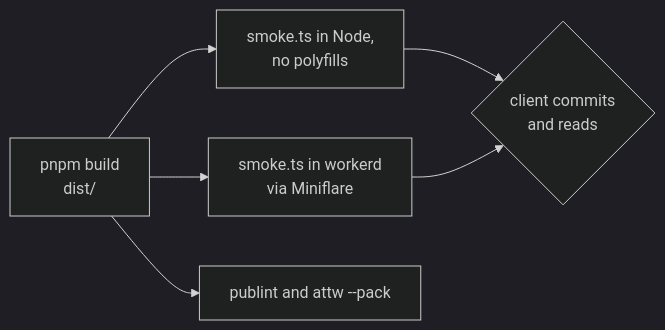
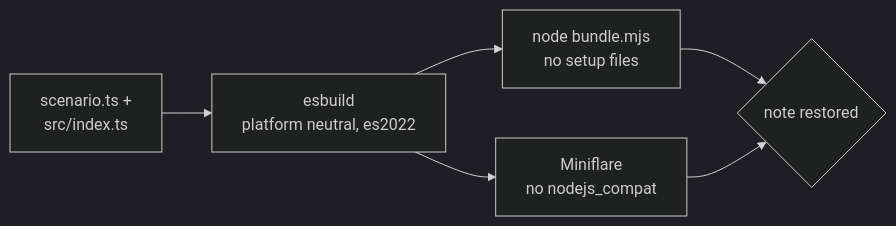
The diagram in .diffmap/specs/tandem-core-environment-layout/07-runtime-smoke-tests.md (tanishqkancharla/tandem), drawn with Mermaid (dark theme) before and after one commit. The commit also changed other lines of this file and 8 other files, not shown here.

````diff
--- a/.diffmap/specs/tandem-core-environment-layout/07-runtime-smoke-tests.md
+++ b/.diffmap/specs/tandem-core-environment-layout/07-runtime-smoke-tests.md
@@ -30,8 +39,8 @@
-```mermaid [Checking the built package]
+```mermaid [Running the scenario]
 flowchart LR
-    build["pnpm build<br/>dist/"] --> nodeRun["smoke.ts in Node,<br/>no polyfills"]
-    build --> workerd["smoke.ts in workerd<br/>via Miniflare"]
-    build --> exports["publint and attw --pack"]
-    nodeRun --> pass{"client commits<br/>and reads"}
+    src["scenario.ts +<br/>src/index.ts"] --> bundle["esbuild<br/>platform neutral, es2022"]
+    bundle --> nodeRun["node bundle.mjs<br/>no setup files"]
+    bundle --> workerd["Miniflare<br/>no nodejs_compat"]
+    nodeRun --> pass{"note restored"}
     workerd --> pass
 ```
````
